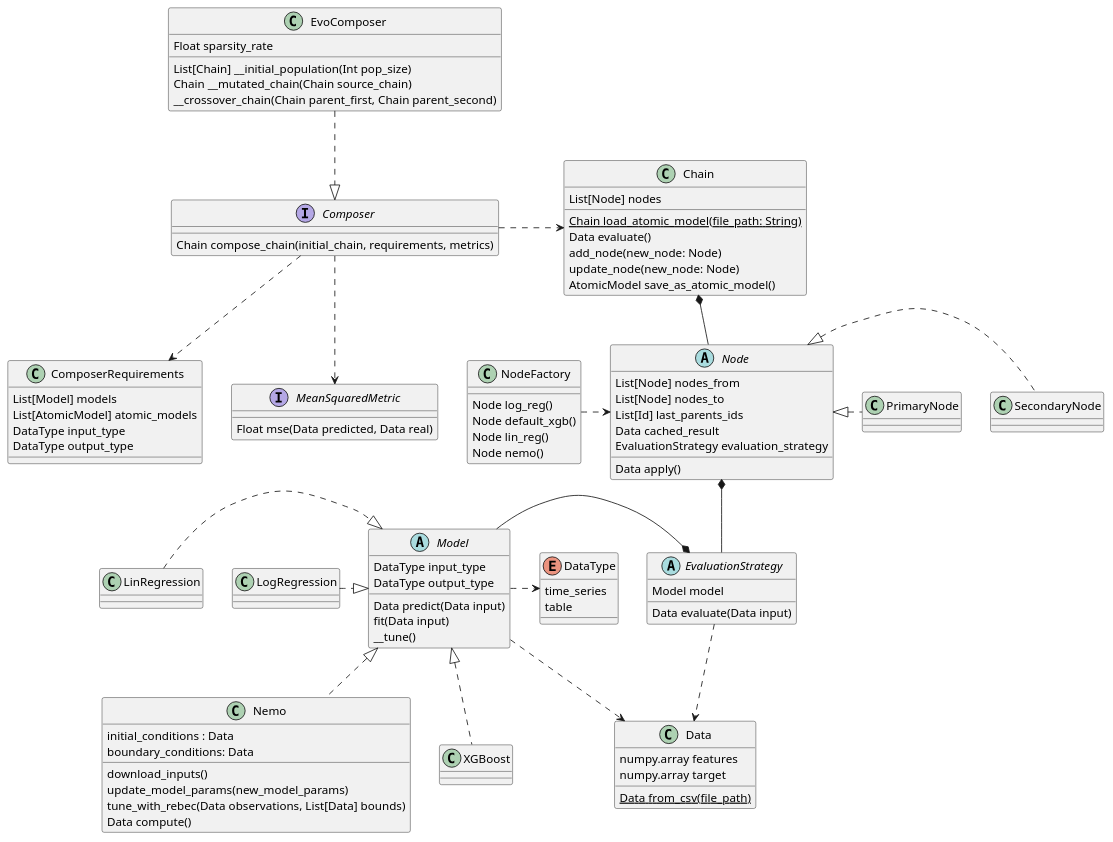
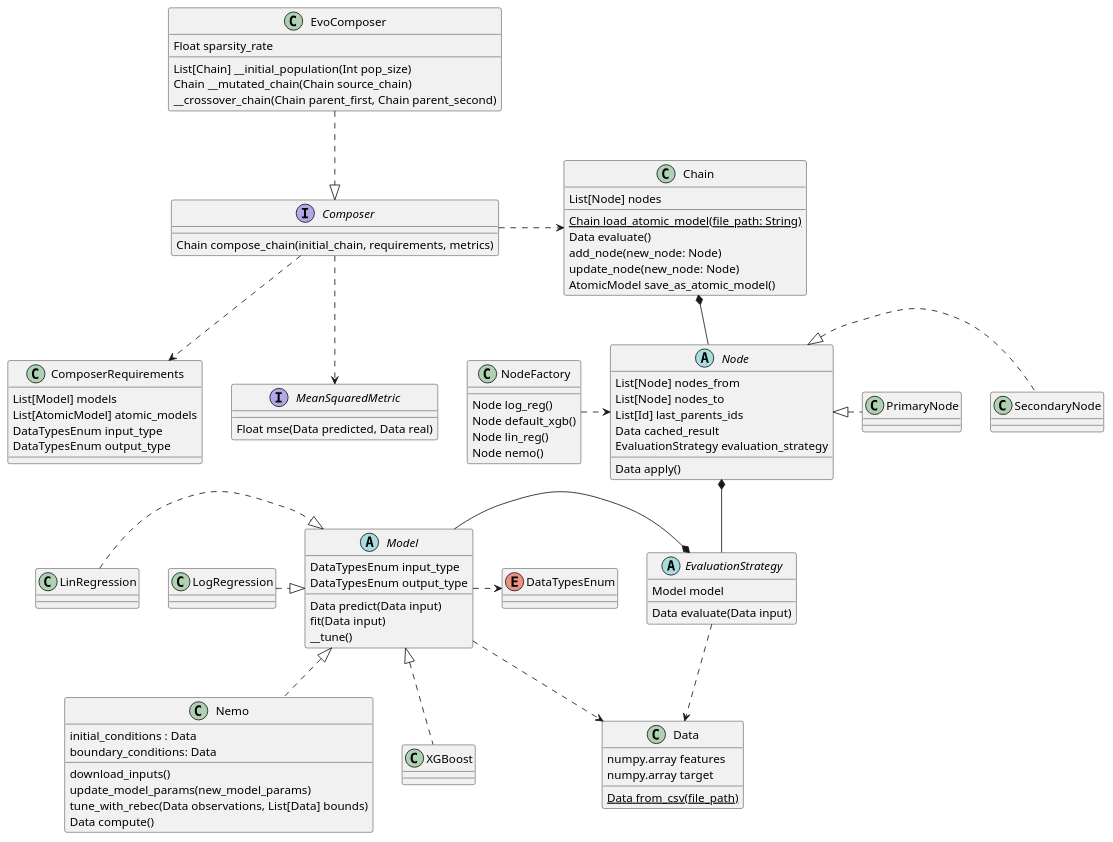
The diagram in design/core.puml (aimclub/FEDOT), drawn with PlantUML before and after one commit. The commit also changed 3 other files, not shown here.

```diff
--- a/design/core.puml
+++ b/design/core.puml
@@ -1,131 +1,130 @@
 @startuml
 
 class Chain {
     List[Node] nodes
     {static} Chain load_atomic_model(file_path: String)
     Data evaluate()
     add_node(new_node: Node)
     update_node(new_node: Node)
     AtomicModel save_as_atomic_model()
 }
 
 interface Composer {
 
     Chain compose_chain(initial_chain, requirements, metrics)
 
 }
 
 class ComposerRequirements {
     List[Model] models
     List[AtomicModel] atomic_models
-    DataType input_type
-    DataType output_type
+    DataTypesEnum input_type
+    DataTypesEnum output_type
 }
 
 interface MeanSquaredMetric {
     Float mse(Data predicted, Data real)
 }
 
 class EvoComposer {
     Float sparsity_rate
     List[Chain] __initial_population(Int pop_size)
     Chain __mutated_chain(Chain source_chain)
     __crossover_chain(Chain parent_first, Chain parent_second)
 }
 
 abstract class Node {
     List[Node] nodes_from
     List[Node] nodes_to
     List[Id] last_parents_ids
     Data cached_result
     EvaluationStrategy evaluation_strategy
 
     Data apply()
 }
 
 abstract class Model {
-    DataType input_type
-    DataType output_type
+    DataTypesEnum input_type
+    DataTypesEnum output_type
     Data predict(Data input)
     fit(Data input)
     __tune()
 }
 
-enum DataType {
-    time_series
-    table
+enum DataTypesEnum {
+
 }
 
 class Data {
     {static} Data from_csv(file_path)
     numpy.array features
     numpy.array target
 }
 
 class Nemo {
     initial_conditions : Data
     boundary_conditions: Data
     download_inputs()
     update_model_params(new_model_params)
     tune_with_rebec(Data observations, List[Data] bounds)
     Data compute()
 }
 
 class PrimaryNode {
 
 }
 
 class SecondaryNode {
 
 }
 
 class XGBoost {
 
 }
 
 class LogRegression {
 
 }
 
 
 class LinRegression {
 
 }
 
 class NodeFactory {
     Node log_reg()
     Node default_xgb()
     Node lin_reg()
     Node nemo()
 }
 
 abstract class EvaluationStrategy {
     Model model
     Data evaluate(Data input)
 }
 
 Chain *-down- Node
 NodeFactory .-right-.> Node
 SecondaryNode .left.|> Node
 PrimaryNode .left.|> Node
 
 Composer .down.> ComposerRequirements
 Composer .right.> Chain
 Composer .down.> MeanSquaredMetric
 EvoComposer ..|> Composer
 
 Node *-- EvaluationStrategy
 
 EvaluationStrategy *-left- Model
 EvaluationStrategy ..> Data
 
 Nemo ..up|> Model
 LinRegression ..-right-|> Model
 LogRegression ..-right-|> Model
 XGBoost .up.|> Model
 Model .right.> Data
-Model .down> DataType
+Model .down> DataTypesEnum
 
 
 
 @enduml
```
